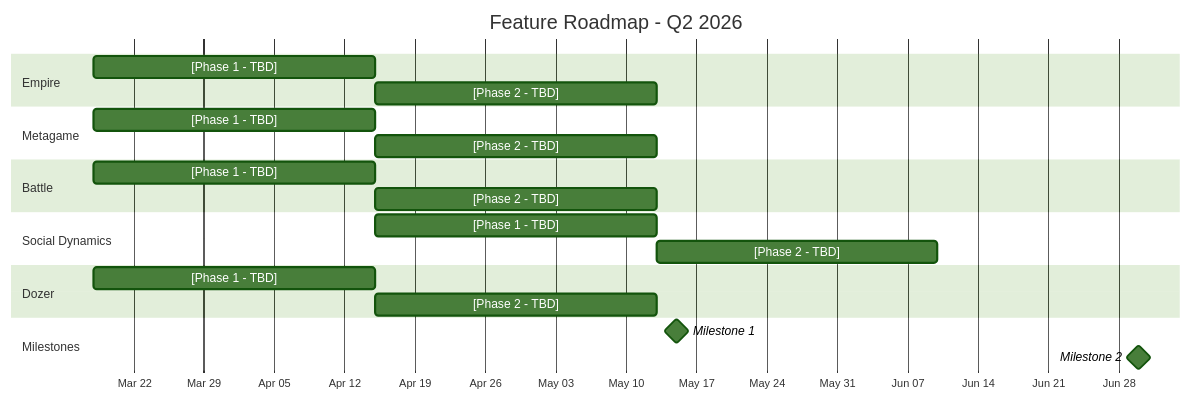
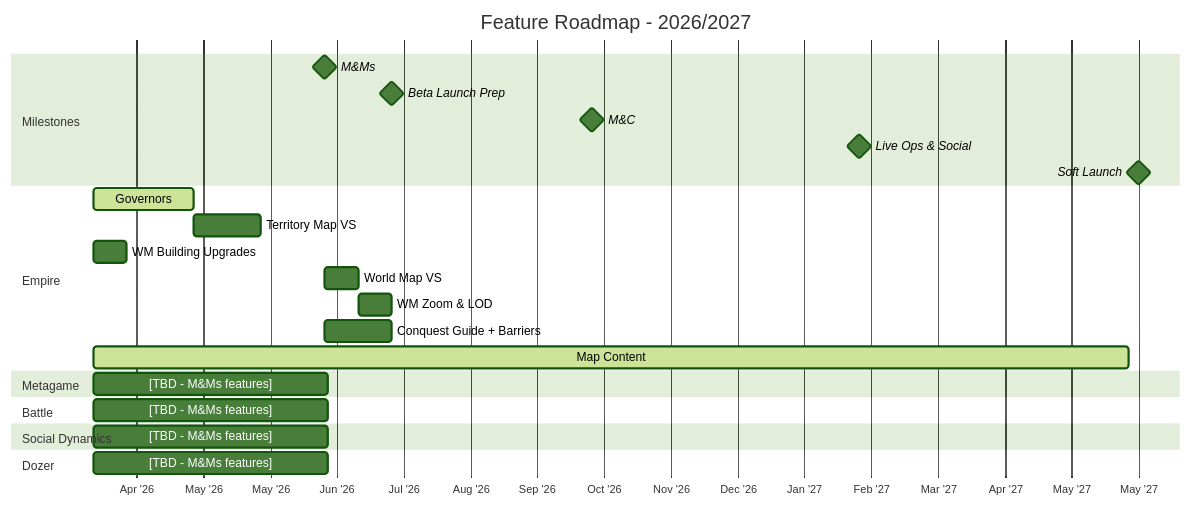
Before and after one commit to timwilliams-prod/proj-chimera-documentation-brain: the diagram in roadmap.md, drawn with Mermaid (forest theme). The commit also changed other lines of this file and 15 other files, not shown here.

Commit message:
Iterated on pod plans & roadmap

````diff
--- a/roadmap.md
+++ b/roadmap.md
@@ -12,31 +39,35 @@
 ```mermaid
 gantt
-    title Feature Roadmap - Q2 2026
+    title Feature Roadmap - 2026/2027
     dateFormat YYYY-MM-DD
-    axisFormat %b %d
-    tickInterval 1week
+    axisFormat %b '%y
+    tickInterval 4week
+
+    section Milestones
+    M&Ms                      :milestone, ms1, 2026-06-23, 0d
+    Beta Launch Prep          :milestone, ms2, 2026-07-21, 0d
+    M&C                       :milestone, ms3, 2026-10-13, 0d
+    Live Ops & Social         :milestone, ms4, 2027-02-02, 0d
+    Soft Launch               :milestone, ms5, 2027-05-30, 0d
 
     section Empire
-    [Phase 1 - TBD]          :         hl_emp1, 2026-03-18, 28d
-    [Phase 2 - TBD]          :         hl_emp2, after hl_emp1, 28d
+    Governors                 :active,  emp1, 2026-03-18, 42d
+    Territory Map VS          :         emp2, after emp1, 28d
+    WM Building Upgrades      :         emp3, 2026-03-18, 14d
+    World Map VS              :         emp4, 2026-06-23, 14d
+    WM Zoom & LOD             :         emp5, after emp4, 14d
+    Conquest Guide + Barriers :         emp6, 2026-06-23, 28d
+    Map Content               :active,  emp_content, 2026-03-18, 434d
 
     section Metagame
-    [Phase 1 - TBD]          :         hl_meta1, 2026-03-18, 28d
-    [Phase 2 - TBD]          :         hl_meta2, after hl_meta1, 28d
+    [TBD - M&Ms features]    :         meta1, 2026-03-18, 98d
 
     section Battle
-    [Phase 1 - TBD]          :         hl_bat1, 2026-03-18, 28d
-    [Phase 2 - TBD]          :         hl_bat2, after hl_bat1, 28d
+    [TBD - M&Ms features]    :         bat1, 2026-03-18, 98d
 
     section Social Dynamics
-    [Phase 1 - TBD]          :         hl_soc1, 2026-04-15, 28d
-    [Phase 2 - TBD]          :         hl_soc2, after hl_soc1, 28d
+    [TBD - M&Ms features]    :         soc1, 2026-03-18, 98d
 
     section Dozer
-    [Phase 1 - TBD]          :         hl_doz1, 2026-03-18, 28d
-    [Phase 2 - TBD]          :         hl_doz2, after hl_doz1, 28d
-
-    section Milestones
-    Milestone 1               :milestone, m1, 2026-05-15, 0d
-    Milestone 2               :milestone, m2, 2026-06-30, 0d
+    [TBD - M&Ms features]    :         doz1, 2026-03-18, 98d
 ```
````
